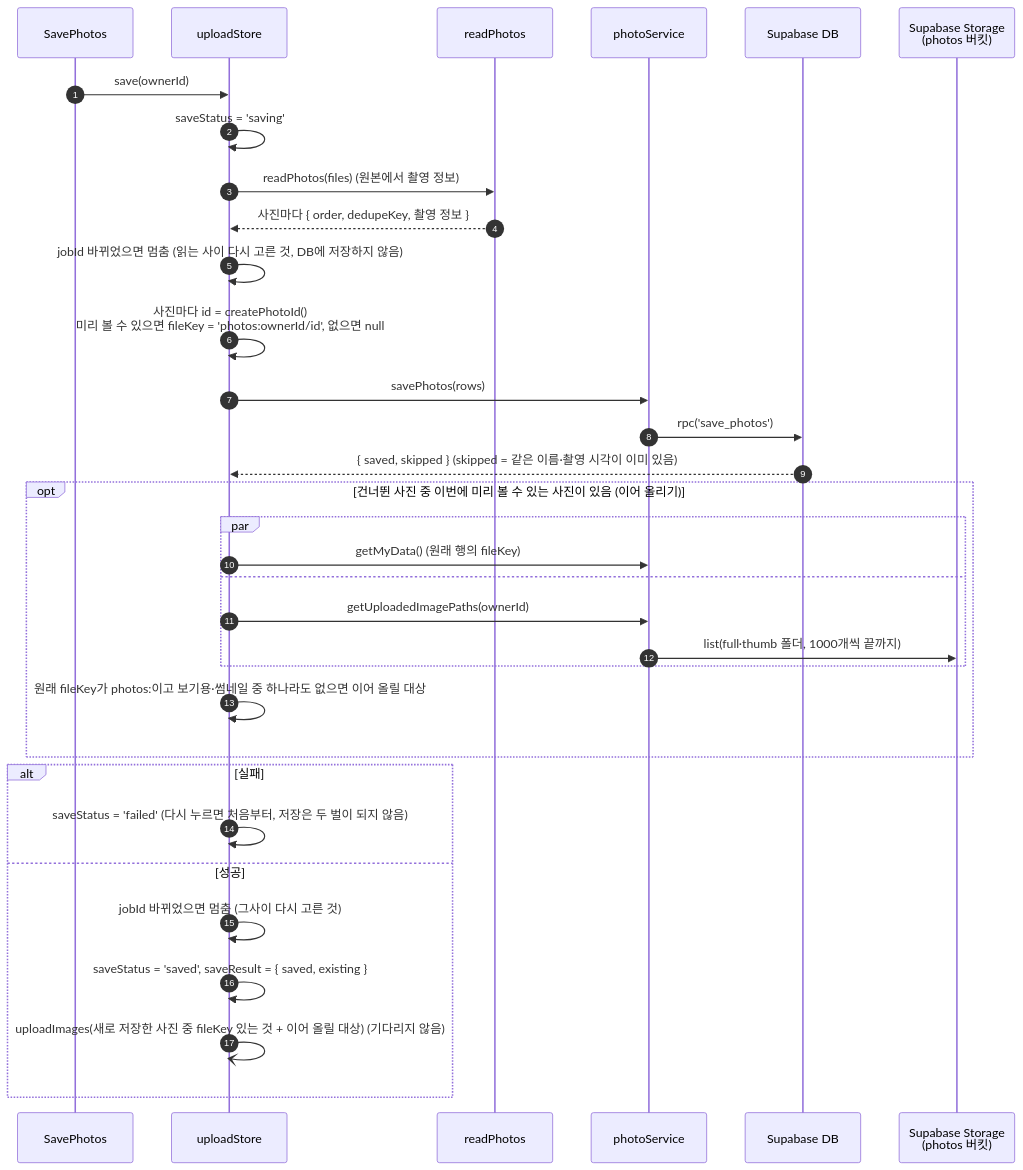
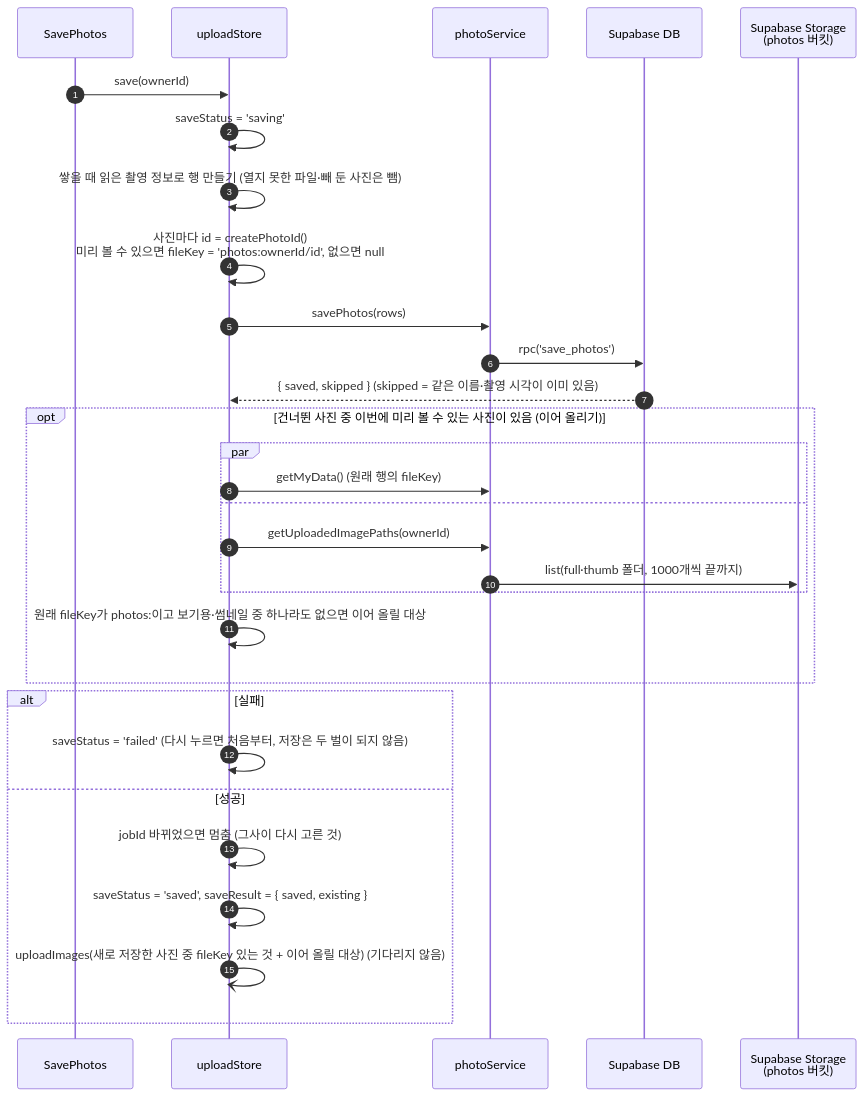
One commit to 2026-WebFW-1/danyeo-on changed the first of 4 diagrams in docs/upload/IMAGE_UPLOAD_FLOW.md. Above: the diagram before and after it, drawn with Mermaid. The commit also changed 14 other files, not shown here.

````diff
--- a/docs/upload/IMAGE_UPLOAD_FLOW.md
+++ b/docs/upload/IMAGE_UPLOAD_FLOW.md
@@ -25,38 +25,35 @@
 ```mermaid
 sequenceDiagram
     autonumber
     participant UI as SavePhotos
     participant Store as uploadStore
-    participant Read as readPhotos
     participant Svc as photoService
     participant DB as Supabase DB
     participant S3 as Supabase Storage<br/>(photos 버킷)
 
     UI->>Store: save(ownerId)
     Store->>Store: saveStatus = 'saving'
-    Store->>Read: readPhotos(files) (원본에서 촬영 정보)
-    Read-->>Store: 사진마다 { order, dedupeKey, 촬영 정보 }
-    Store->>Store: jobId 바뀌었으면 멈춤 (읽는 사이 다시 고른 것, DB에 저장하지 않음)
+    Store->>Store: 쌓을 때 읽은 촬영 정보로 행 만들기 (열지 못한 파일·빼 둔 사진은 뺌)
     Store->>Store: 사진마다 id = createPhotoId()<br/>미리 볼 수 있으면 fileKey = 'photos:ownerId/id', 없으면 null
     Store->>Svc: savePhotos(rows)
     Svc->>DB: rpc('save_photos')
     DB-->>Store: { saved, skipped } (skipped = 같은 이름·촬영 시각이 이미 있음)
 
     opt 건너뛴 사진 중 이번에 미리 볼 수 있는 사진이 있음 (이어 올리기)
         par
             Store->>Svc: getMyData() (원래 행의 fileKey)
         and
             Store->>Svc: getUploadedImagePaths(ownerId)
             Svc->>S3: list(full·thumb 폴더, 1000개씩 끝까지)
         end
         Store->>Store: 원래 fileKey가 photos:이고 보기용·썸네일 중 하나라도 없으면 이어 올릴 대상
     end
 
     alt 실패
         Store->>Store: saveStatus = 'failed' (다시 누르면 처음부터, 저장은 두 벌이 되지 않음)
     else 성공
         Store->>Store: jobId 바뀌었으면 멈춤 (그사이 다시 고른 것)
         Store->>Store: saveStatus = 'saved', saveResult = { saved, existing }
         Store-)Store: uploadImages(새로 저장한 사진 중 fileKey 있는 것 + 이어 올릴 대상) (기다리지 않음)
     end
 ```
````
